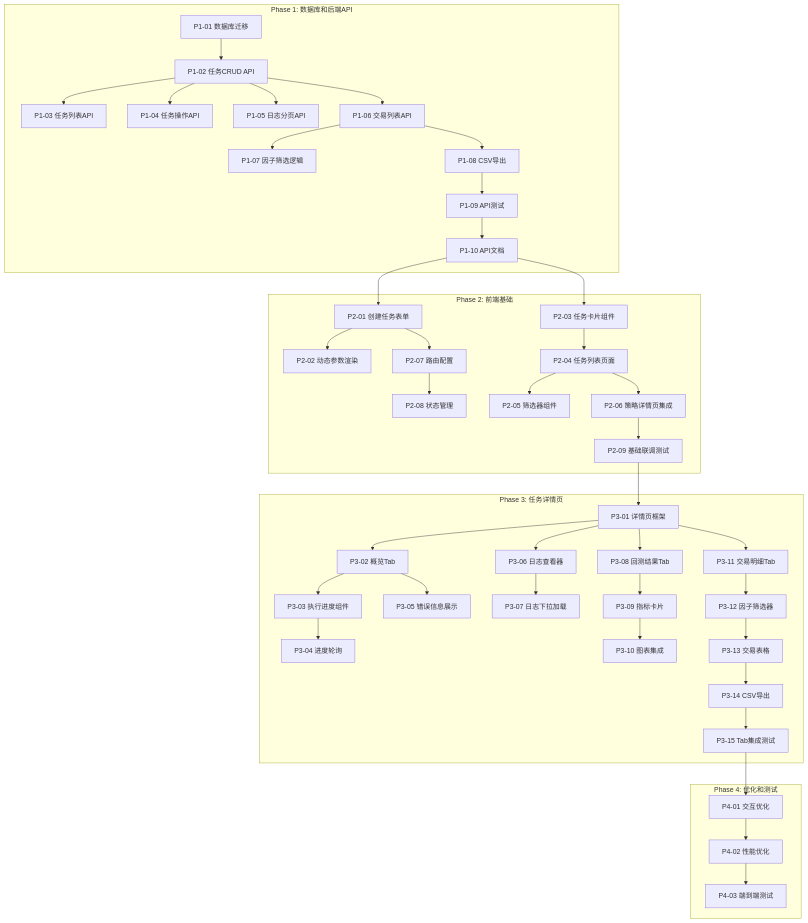
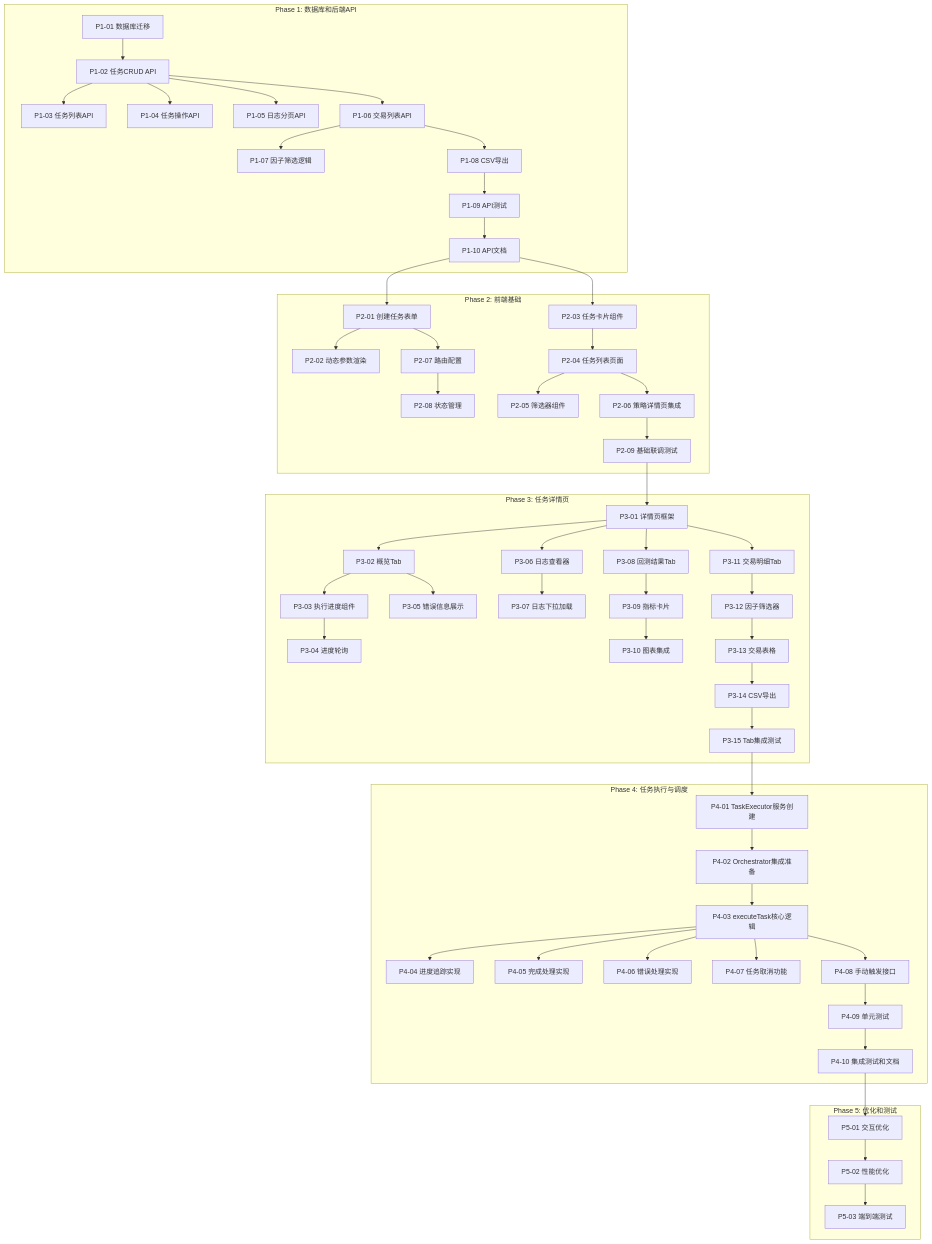
Before and after one commit to undefinedZNN/trading-analysis-platform: the second of 2 diagrams in docs/prd/backtesting-strategy-management/backtest-task-management/tasks/DASHBOARD.md, drawn with Mermaid. The commit also changed other lines of this file and 8 other files, not shown here.

````diff
--- a/docs/prd/backtesting-strategy-management/backtest-task-management/tasks/DASHBOARD.md
+++ b/docs/prd/backtesting-strategy-management/backtest-task-management/tasks/DASHBOARD.md
@@ -123,10 +136,23 @@
         P3-15[P3-15 Tab集成测试]
     end
     
-    subgraph Phase4["Phase 4: 优化和测试"]
-        P4-01[P4-01 交互优化]
-        P4-02[P4-02 性能优化]
-        P4-03[P4-03 端到端测试]
+    subgraph Phase4["Phase 4: 任务执行与调度"]
+        P4-01[P4-01 TaskExecutor服务创建]
+        P4-02[P4-02 Orchestrator集成准备]
+        P4-03[P4-03 executeTask核心逻辑]
+        P4-04[P4-04 进度追踪实现]
+        P4-05[P4-05 完成处理实现]
+        P4-06[P4-06 错误处理实现]
+        P4-07[P4-07 任务取消功能]
+        P4-08[P4-08 手动触发接口]
+        P4-09[P4-09 单元测试]
+        P4-10[P4-10 集成测试和文档]
+    end
+    
+    subgraph Phase5["Phase 5: 优化和测试"]
+        P5-01[P5-01 交互优化]
+        P5-02[P5-02 性能优化]
+        P5-03[P5-03 端到端测试]
     end
     
     %% Phase 1 依赖
@@ -172,4 +198,16 @@
     P3-15 --> P4-01
     P4-01 --> P4-02
     P4-02 --> P4-03
+    P4-03 --> P4-04
+    P4-03 --> P4-05
+    P4-03 --> P4-06
+    P4-03 --> P4-07
+    P4-03 --> P4-08
+    P4-08 --> P4-09
+    P4-09 --> P4-10
+    
+    %% Phase 5 依赖
+    P4-10 --> P5-01
+    P5-01 --> P5-02
+    P5-02 --> P5-03
 ```
````
